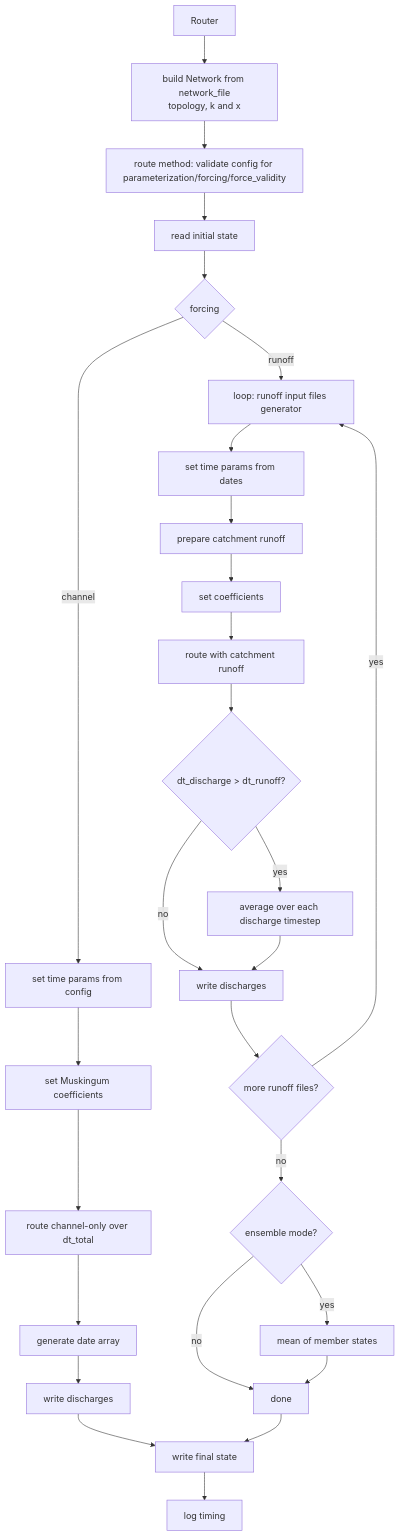
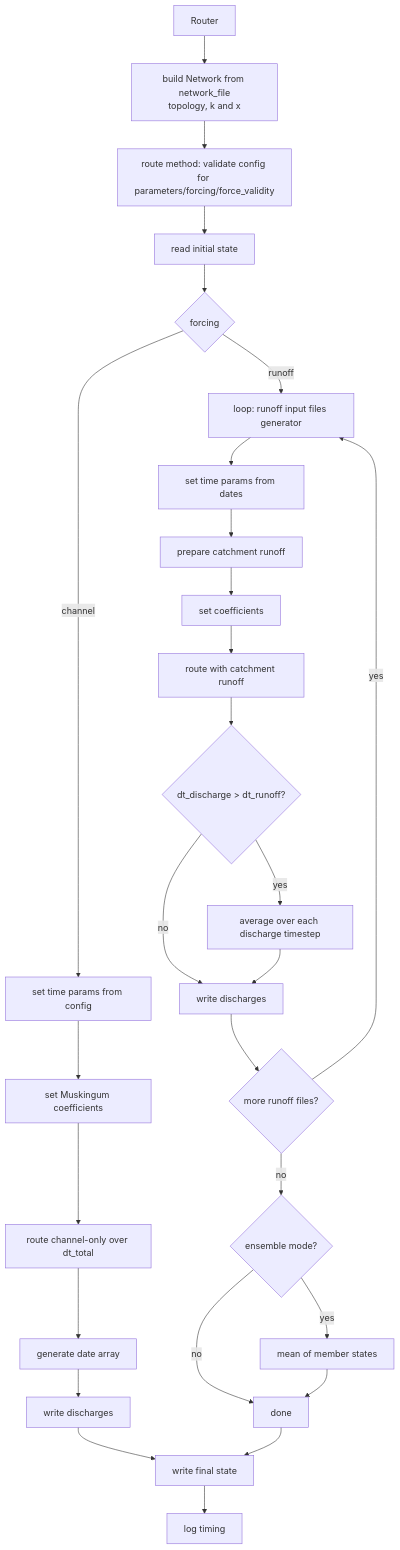
The diagram in docs/tutorial/advanced.md (rileyhales/river-route), drawn with Mermaid before and after one commit. The commit also changed other lines of this file and 32 other files, not shown here.

````diff
--- a/docs/tutorial/advanced.md
+++ b/docs/tutorial/advanced.md
@@ -3,33 +3,33 @@
 ```mermaid
 graph TD
     A[Router] --> C[build Network from network_file<br/>topology, k and x]
-    C --> B[route method: validate config for parameterization/forcing/force_validity]
+    C --> B[route method: validate config for parameters/forcing/force_validity]
     B --> D[read initial state]
     D --> E{forcing}
 
     E -->|channel| F[set time params from config]
     F --> G[set Muskingum coefficients]
     G --> H[route channel-only over dt_total]
     H --> I[generate date array]
     I --> J[write discharges]
 
     E -->|runoff| K[loop: runoff input files generator]
     K --> L[set time params from dates]
     L --> M[prepare catchment runoff]
     M --> N[set coefficients]
     N --> O[route with catchment runoff]
     O --> P{dt_discharge > dt_runoff?}
     P -->|yes| Q[average over each discharge timestep]
     P -->|no| R[write discharges]
     Q --> R
     R --> S{more runoff files?}
     S -->|yes| K
     S -->|no| T{ensemble mode?}
     T -->|yes| U[mean of member states]
     T -->|no| V[done]
     U --> V
 
     J --> W[write final state]
     V --> W
     W --> X[log timing]
 ```
````
